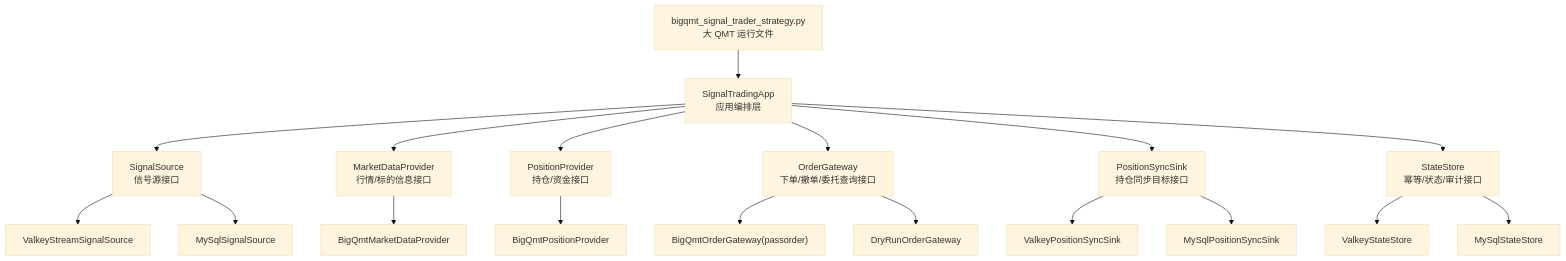
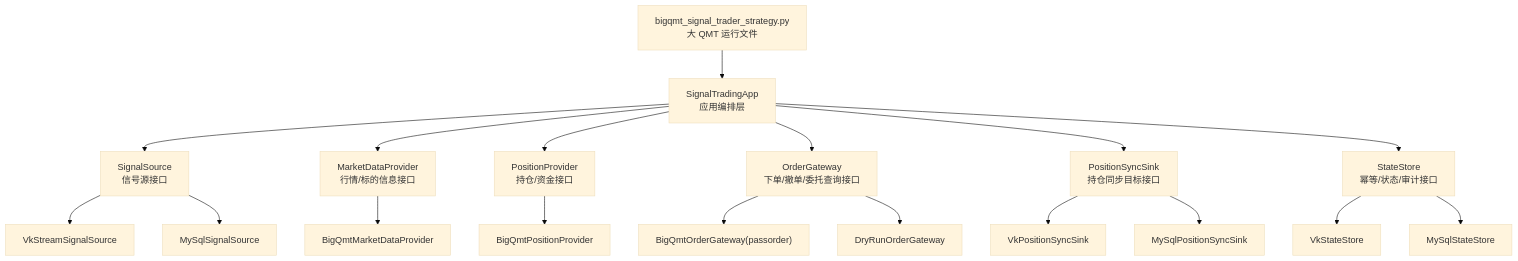
The second of 3 diagrams in docs/BIGQMT_SIGNAL_TRADER_PLAN.md (evilpapa/xtquant-big-convert), drawn with Mermaid (base theme) before and after one commit. The commit also changed other lines of this file and 211 other files, not shown here.

````diff
--- a/docs/BIGQMT_SIGNAL_TRADER_PLAN.md
+++ b/docs/BIGQMT_SIGNAL_TRADER_PLAN.md
@@ -85,20 +85,20 @@
 ```mermaid
 flowchart TB
     R["bigqmt_signal_trader_strategy.py\n大 QMT 运行文件"] --> A["SignalTradingApp\n应用编排层"]
     A --> S["SignalSource\n信号源接口"]
     A --> M["MarketDataProvider\n行情/标的信息接口"]
     A --> P["PositionProvider\n持仓/资金接口"]
     A --> O["OrderGateway\n下单/撤单/委托查询接口"]
     A --> Y["PositionSyncSink\n持仓同步目标接口"]
     A --> T["StateStore\n幂等/状态/审计接口"]
-    S --> S1["ValkeyStreamSignalSource"]
+    S --> S1["VkStreamSignalSource"]
     S --> S2["MySqlSignalSource"]
     M --> M1["BigQmtMarketDataProvider"]
     P --> P1["BigQmtPositionProvider"]
     O --> O1["BigQmtOrderGateway(passorder)"]
     O --> O2["DryRunOrderGateway"]
-    Y --> Y1["ValkeyPositionSyncSink"]
+    Y --> Y1["VkPositionSyncSink"]
     Y --> Y2["MySqlPositionSyncSink"]
-    T --> T1["ValkeyStateStore"]
+    T --> T1["VkStateStore"]
     T --> T2["MySqlStateStore"]
 ```
````
